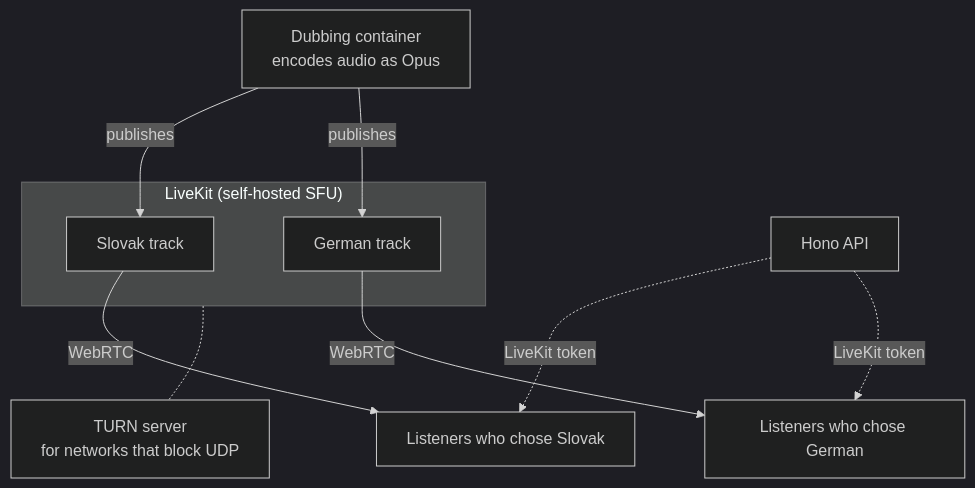
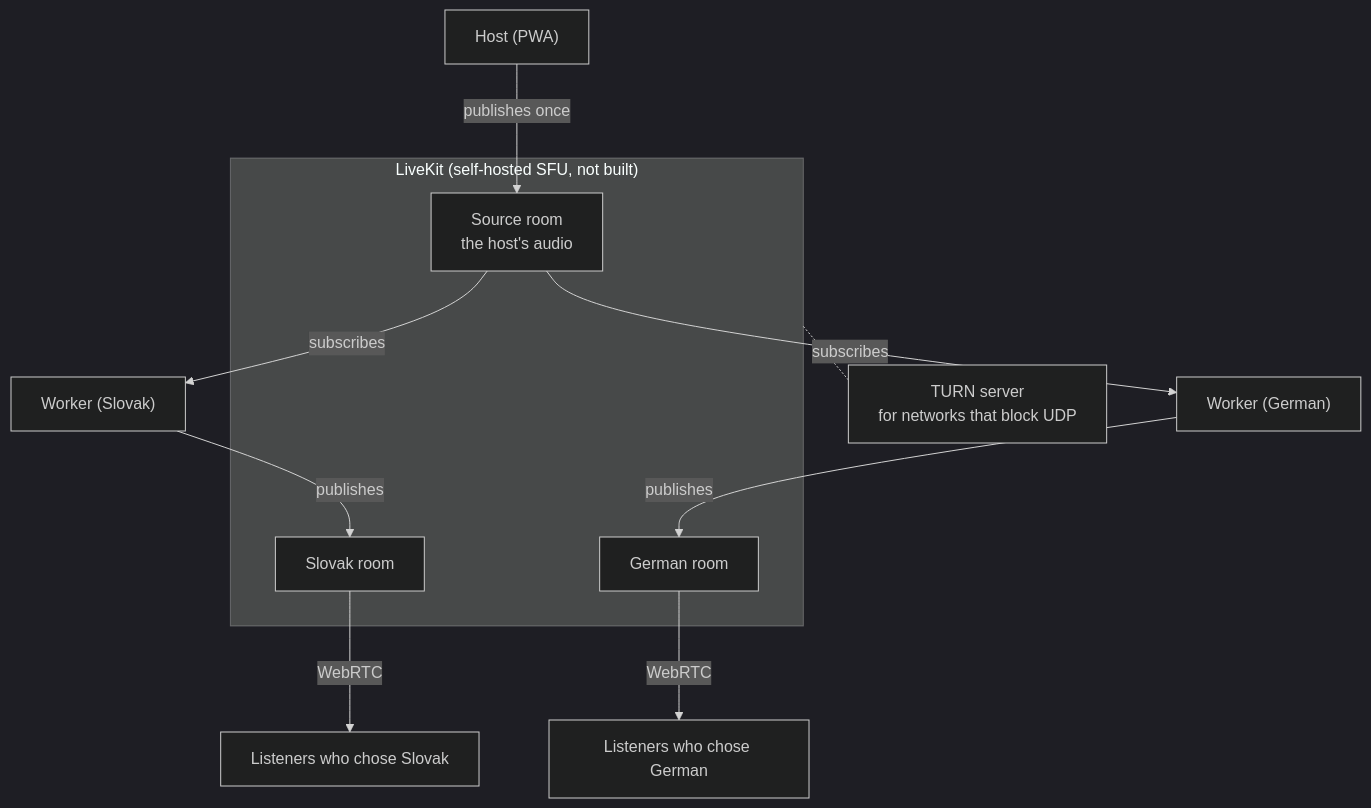
The eighth of 8 diagrams in docs/architecture-layers.md (WH1TE-SHAD0W/ai-dubbing-studio), drawn with Mermaid (dark theme) before and after one commit. The commit also changed other lines of this file and 1 other file, not shown here.

First line of the commit message:
docs: architecture pages describe the translator workers, Redis and sessions

````diff
--- a/docs/architecture-layers.md
+++ b/docs/architecture-layers.md
@@ -128,23 +330,26 @@
 ```mermaid
 %%{init: {"flowchart": {"nodeSpacing": 70, "rankSpacing": 70}}}%%
 flowchart TB
-  Dubbing["Dubbing container<br/>encodes audio as Opus"]
+  Host["Host (PWA)"]
 
-  subgraph Media["LiveKit (self-hosted SFU)"]
-    Slovak["Slovak track"]
-    German["German track"]
+  subgraph Media["LiveKit (self-hosted SFU, not built)"]
+    Source["Source room<br/>the host's audio"]
+    Slovak["Slovak room"]
+    German["German room"]
   end
 
+  WSk["Worker (Slovak)"]
+  WDe["Worker (German)"]
   ListenersSk["Listeners who chose Slovak"]
   ListenersDe["Listeners who chose German"]
-  API["Hono API"]
   TURN["TURN server<br/>for networks that block UDP"]
 
-  Dubbing -- "publishes" --> Slovak
-  Dubbing -- "publishes" --> German
+  Host -- "publishes once" --> Source
+  Source -- "subscribes" --> WSk
+  Source -- "subscribes" --> WDe
+  WSk -- "publishes" --> Slovak
+  WDe -- "publishes" --> German
   Slovak -- "WebRTC" --> ListenersSk
   German -- "WebRTC" --> ListenersDe
-  API -. "LiveKit token" .-> ListenersSk
-  API -. "LiveKit token" .-> ListenersDe
   Media -.- TURN
 ```
````
